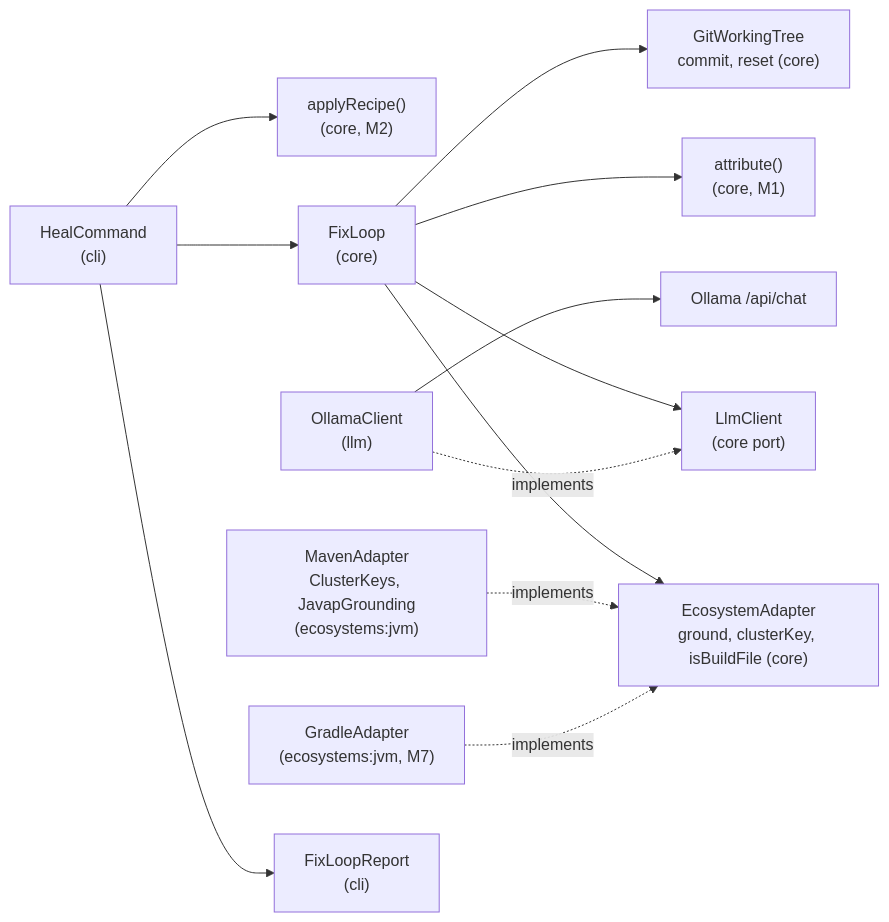
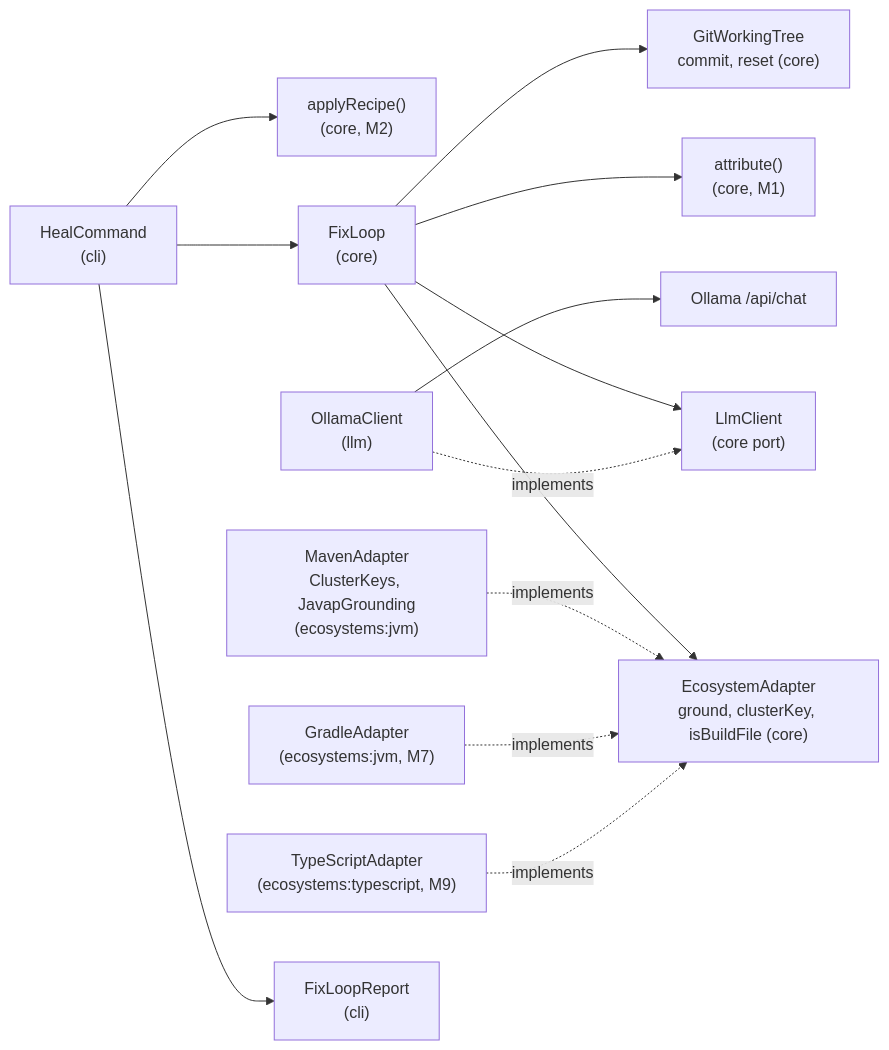
The first of 4 diagrams in docs/architecture/fix-loop.md (danvan86/lector-ai), drawn with Mermaid before and after one commit. The commit also changed other lines of this file and 9 other files, not shown here.

First line of the commit message:
docs(architecture): document the TypeScript adapter and sync the docs with M9

````diff
--- a/docs/architecture/fix-loop.md
+++ b/docs/architecture/fix-loop.md
@@ -17,14 +17,15 @@
 ```mermaid
 flowchart LR
     cli["HealCommand<br/>(cli)"] --> recipe["applyRecipe()<br/>(core, M2)"]
     cli --> loop["FixLoop<br/>(core)"]
     loop --> llmPort["LlmClient<br/>(core port)"]
     ollama["OllamaClient<br/>(llm)"] -. implements .-> llmPort
     ollama --> api["Ollama /api/chat"]
     loop --> adapterPort["EcosystemAdapter<br/>ground, clusterKey, isBuildFile (core)"]
     maven["MavenAdapter<br/>ClusterKeys, JavapGrounding<br/>(ecosystems:jvm)"] -. implements .-> adapterPort
     gradle["GradleAdapter<br/>(ecosystems:jvm, M7)"] -. implements .-> adapterPort
+    ts["TypeScriptAdapter<br/>(ecosystems:typescript, M9)"] -. implements .-> adapterPort
     loop --> attr["attribute()<br/>(core, M1)"]
     loop --> git["GitWorkingTree<br/>commit, reset (core)"]
     cli --> report["FixLoopReport<br/>(cli)"]
 ```
````
